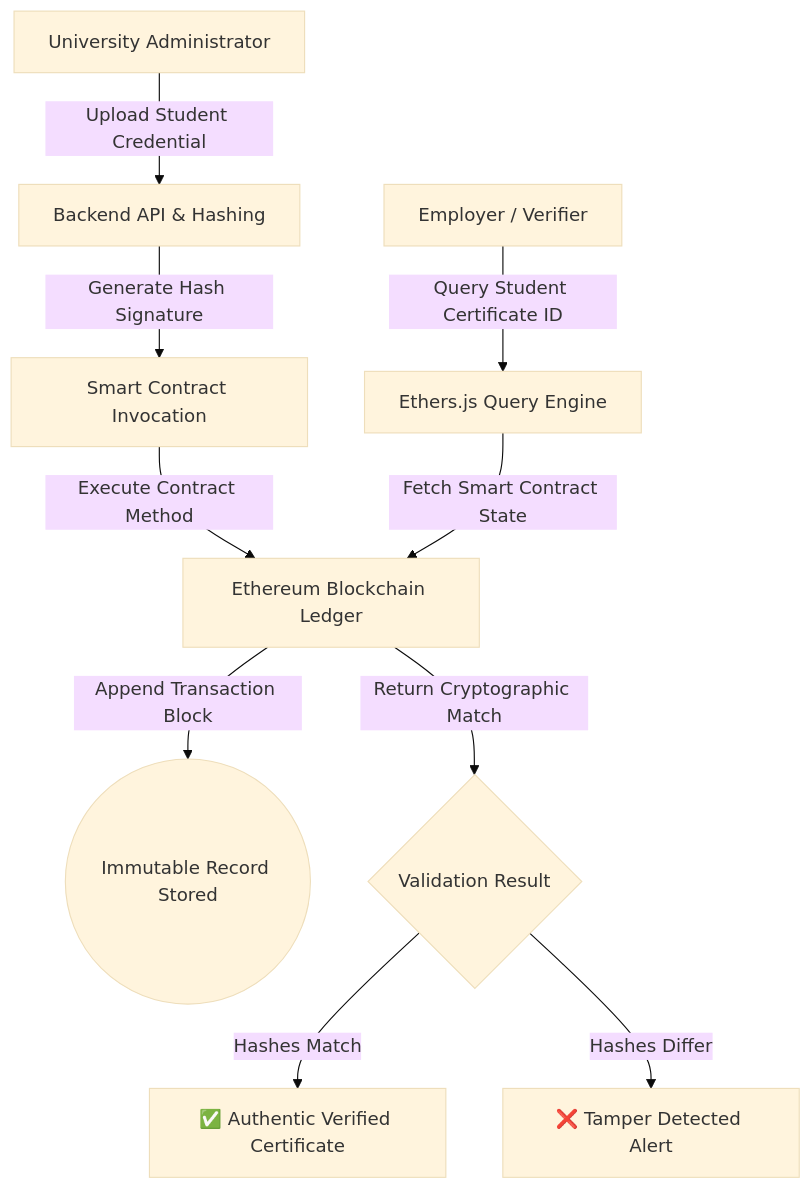
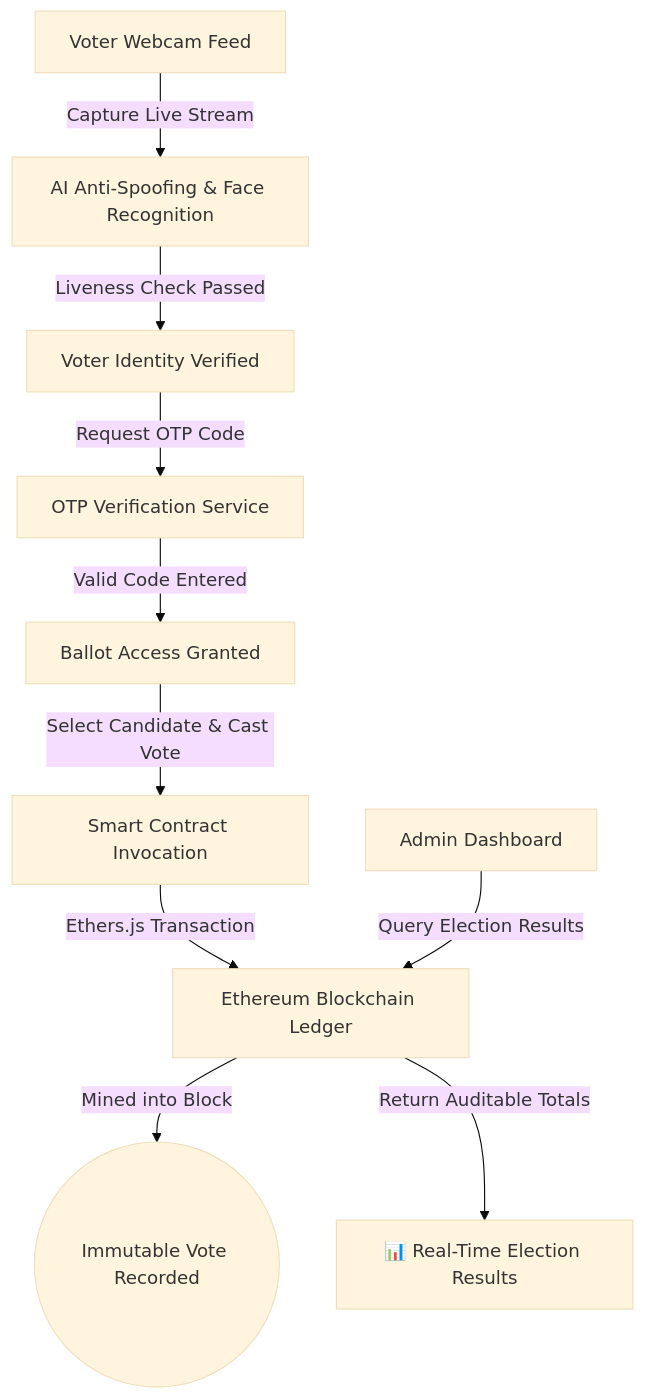
One commit to bhavanagangavaram/EduCredentialBlockchain changed the diagram in README.md. Above: the diagram before and after it, drawn with Mermaid (base theme). The commit also changed other lines of this file and 1 other file, not shown here.

Commit message:
docs: update README with AI Integrated E-Voting live demo links

````diff
--- a/README.md
+++ b/README.md
@@ -37,13 +40,14 @@
 ```mermaid
 flowchart TD
-    A[University Administrator] -->|Upload Student Credential| B[Backend API & Hashing]
-    B -->|Generate Hash Signature| C[Smart Contract Invocation]
-    C -->|Execute Contract Method| D[Ethereum Blockchain Ledger]
-    D -->|Append Transaction Block| E((Immutable Record Stored))
+    A[Voter Webcam Feed] -->|Capture Live Stream| B[AI Anti-Spoofing & Face Recognition]
+    B -->|Liveness Check Passed| C[Voter Identity Verified]
+    C -->|Request OTP Code| D[OTP Verification Service]
+    D -->|Valid Code Entered| E[Ballot Access Granted]
     
-    F[Employer / Verifier] -->|Query Student Certificate ID| G[Ethers.js Query Engine]
-    G -->|Fetch Smart Contract State| D
-    D -->|Return Cryptographic Match| H{Validation Result}
-    H -->|Hashes Match| I[✅ Authentic Verified Certificate]
-    H -->|Hashes Differ| J[❌ Tamper Detected Alert]
+    E -->|Select Candidate & Cast Vote| F[Smart Contract Invocation]
+    F -->|Ethers.js Transaction| G[Ethereum Blockchain Ledger]
+    G -->|Mined into Block| H((Immutable Vote Recorded))
+    
+    I[Admin Dashboard] -->|Query Election Results| G
+    G -->|Return Auditable Totals| J[📊 Real-Time Election Results]
 ```
````
